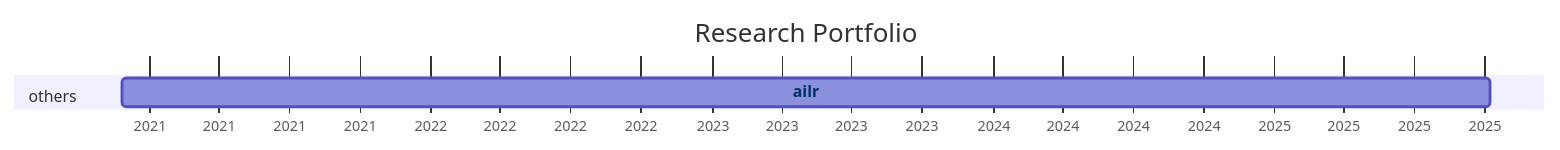
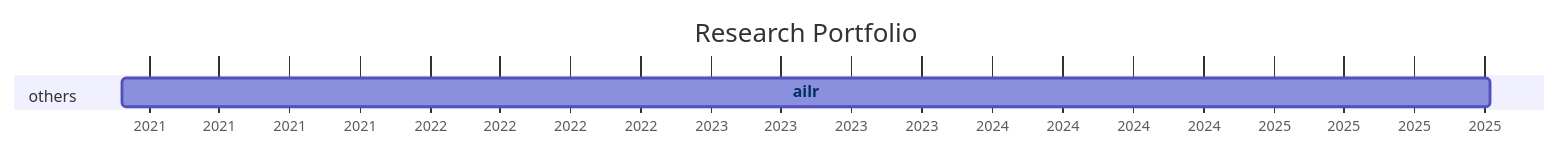
Before and after one commit to digital-work-lab/handbook: the diagram in docs/20-research/25-projects-gantt.md, drawn with Mermaid.

Commit message:
Update repository overview

````diff
--- a/docs/20-research/25-projects-gantt.md
+++ b/docs/20-research/25-projects-gantt.md
@@ -8,21 +8,21 @@
 ```mermaid
 ---
 displayMode: compact
 ---
 gantt
 title Research Portfolio
 dateFormat YYYY-MM-DD
 axisFormat %Y
 
     section work_practices
 
     section distributed_organizing
 
     section knowledge_synthesis
 
     section others
-        ailr :ailr, 2020-11-26, 2025-10-08
+        ailr :ailr, 2020-11-26, 2025-10-09
 
 
     click ailr href "{{ site.baseurl }}/docs/10-lab/18-resources/ailr.html"
 ```
````
